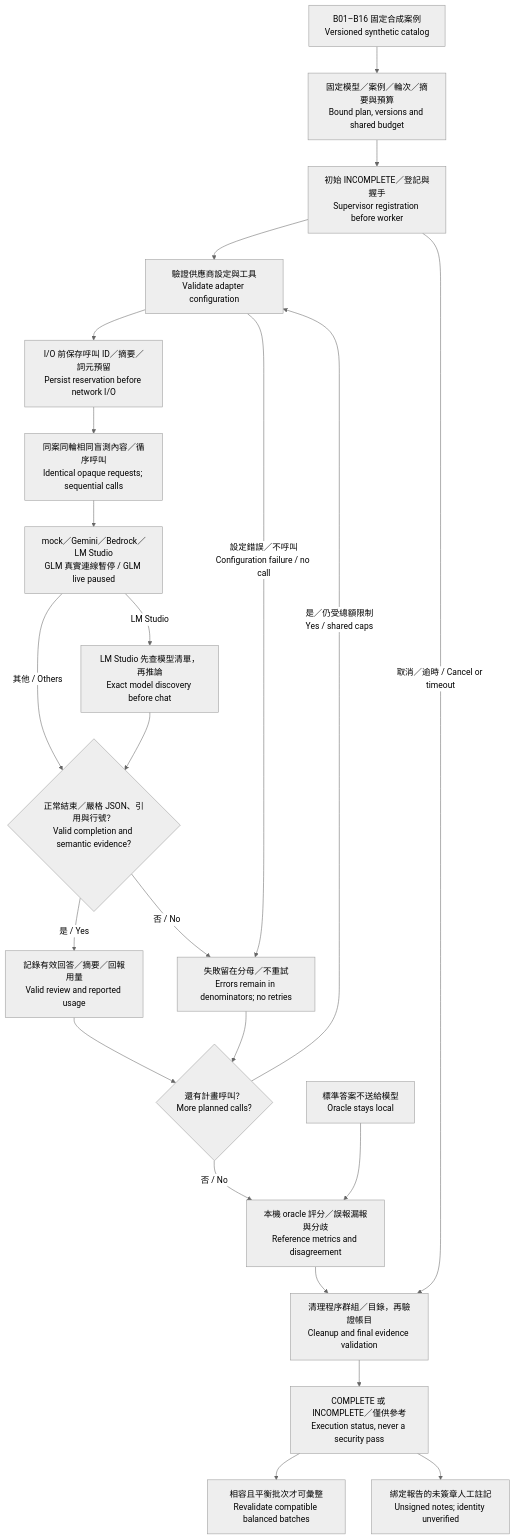
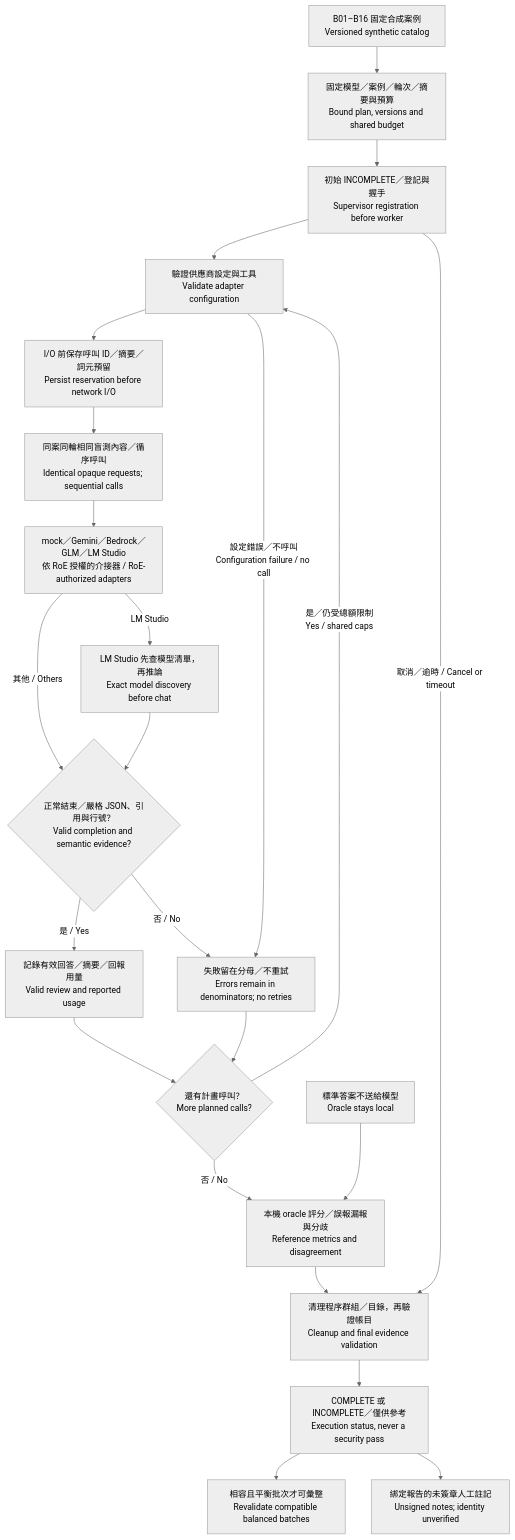
Before and after one commit to chinchiang/MultiAgentEpsilon: the diagram in docs/diagrams/model-review-flow.mmd, drawn with Mermaid (neutral theme). The commit also changed 20 other files, not shown here.

```diff
--- a/docs/diagrams/model-review-flow.mmd
+++ b/docs/diagrams/model-review-flow.mmd
@@ -1,23 +1,23 @@
 flowchart TB
     Cases["B01–B16 固定合成案例<br/>Versioned synthetic catalog"] --> Plan["固定模型／案例／輪次／摘要與預算<br/>Bound plan, versions and shared budget"]
     Plan --> Initial["初始 INCOMPLETE／登記與握手<br/>Supervisor registration before worker"]
     Initial --> Config["驗證供應商設定與工具<br/>Validate adapter configuration"]
     Config --> Reserve["I/O 前保存呼叫 ID／摘要／詞元預留<br/>Persist reservation before network I/O"]
     Reserve --> Request["同案同輪相同盲測內容／循序呼叫<br/>Identical opaque requests; sequential calls"]
-    Request --> Adapter["mock／Gemini／Bedrock／LM Studio<br/>GLM 真實連線暫停 / GLM live paused"]
+    Request --> Adapter["mock／Gemini／Bedrock／GLM／LM Studio<br/>依 RoE 授權的介接器 / RoE-authorized adapters"]
     Adapter -->|"LM Studio"| Local["LM Studio 先查模型清單，再推論<br/>Exact model discovery before chat"]
     Adapter -->|"其他 / Others"| Valid
     Local --> Valid{"正常結束／嚴格 JSON、引用與行號？<br/>Valid completion and semantic evidence?"}
     Valid -->|"是 / Yes"| Success["記錄有效回答／摘要／回報用量<br/>Valid review and reported usage"]
     Valid -->|"否 / No"| Failure["失敗留在分母／不重試<br/>Errors remain in denominators; no retries"]
     Config -->|"設定錯誤／不呼叫<br/>Configuration failure / no call"| Failure
     Success --> Next{"還有計畫呼叫？<br/>More planned calls?"}
     Failure --> Next
     Next -->|"是／仍受總額限制<br/>Yes / shared caps"| Config
     Next -->|"否 / No"| Score["本機 oracle 評分／誤報漏報與分歧<br/>Reference metrics and disagreement"]
     Oracle["標準答案不送給模型<br/>Oracle stays local"] --> Score
     Score --> Cleanup["清理程序群組／目錄，再驗證帳目<br/>Cleanup and final evidence validation"]
     Initial -->|"取消／逾時 / Cancel or timeout"| Cleanup
     Cleanup --> Report["COMPLETE 或 INCOMPLETE／僅供參考<br/>Execution status, never a security pass"]
     Report --> Compare["相容且平衡批次才可彙整<br/>Revalidate compatible balanced batches"]
     Report --> Notes["綁定報告的未簽章人工註記<br/>Unsigned notes; identity unverified"]
```
